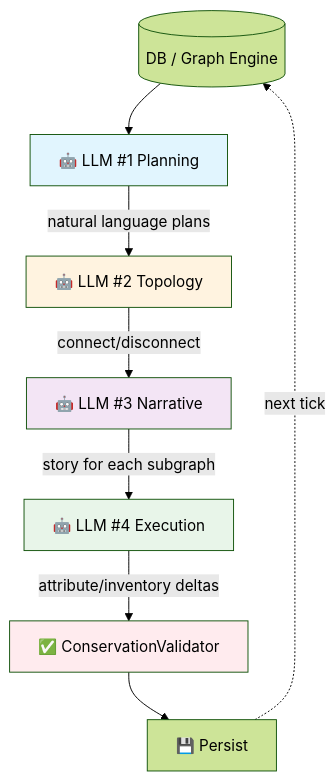
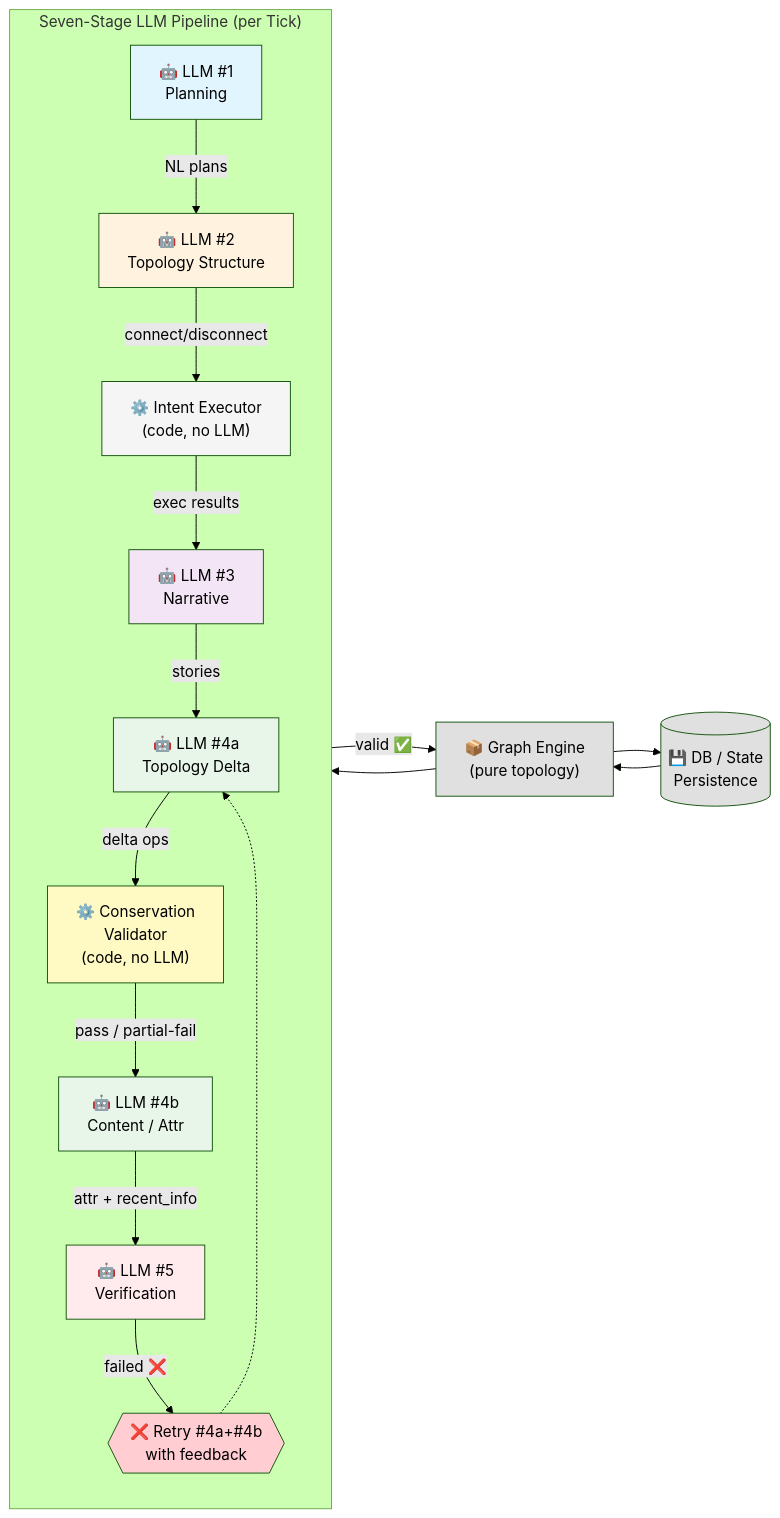
One commit to Asher0501/AgentWorld changed the first of 2 diagrams in README.md. Above: the diagram before and after it, drawn with Mermaid (forest theme). The commit also changed other lines of this file and 3 other files, not shown here.

````diff
--- a/README.md
+++ b/README.md
@@ -15,26 +40,44 @@
 ```mermaid
-flowchart TD
-    DB[("DB / Graph Engine")]
-    
-    LLM1["🤖 LLM #1 Planning"]
-    LLM2["🤖 LLM #2 Topology"]
-    LLM3["🤖 LLM #3 Narrative"]
-    LLM4["🤖 LLM #4 Execution"]
+flowchart LR
+    GE["📦 Graph Engine<br/>(pure topology)"]
+    DB[("💾 DB / State<br/>Persistence")]
 
-    VAL["✅ ConservationValidator"]
-    WRITE["💾 Persist"]
+    subgraph P["Seven-Stage LLM Pipeline (per Tick)"]
+        direction TB
+        L1["🤖 LLM #1<br/>Planning"]
+        L2["🤖 LLM #2<br/>Topology Structure"]
+        IE["⚙️ Intent Executor<br/>(code, no LLM)"]
+        L3["🤖 LLM #3<br/>Narrative"]
+        L4a["🤖 LLM #4a<br/>Topology Delta"]
+        CV["⚙️ Conservation<br/>Validator<br/>(code, no LLM)"]
+        L4b["🤖 LLM #4b<br/>Content / Attr"]
+        L5["🤖 LLM #5<br/>Verification"]
+        retry{{"❌ Retry #4a+#4b<br/>with feedback"}}
+    end
 
-    DB --> LLM1
-    LLM1 -->|"natural language plans"| LLM2
-    LLM2 -->|"connect/disconnect"| LLM3
-    LLM3 -->|"story for each subgraph"| LLM4
-    LLM4 -->|"attribute/inventory deltas"| VAL
-    VAL --> WRITE
-    WRITE -.->|"next tick"| DB
+    DB --> GE
+    GE --> L1
+    L1 -->|"NL plans"| L2
+    L2 -->|"connect/disconnect"| IE
+    IE -->|"exec results"| L3
+    L3 -->|"stories"| L4a
+    L4a -->|"delta ops"| CV
+    CV -->|"pass / partial-fail"| L4b
+    L4b -->|"attr + recent_info"| L5
+    L5 -->|"valid ✅"| GE
+    L5 -->|"failed ❌"| retry
+    retry -.-> L4a
+    GE --> DB
 
-    style LLM1 fill:#e1f5fe
-    style LLM2 fill:#fff3e0
-    style LLM3 fill:#f3e5f5
-    style LLM4 fill:#e8f5e9
-    style VAL fill:#ffebee
+    style L1 fill:#e1f5fe
+    style L2 fill:#fff3e0
+    style IE fill:#f5f5f5
+    style L3 fill:#f3e5f5
+    style L4a fill:#e8f5e9
+    style CV fill:#fff9c4
+    style L4b fill:#e8f5e9
+    style L5 fill:#ffebee
+    style retry fill:#ffcdd2
+    style DB fill:#e0e0e0
+    style GE fill:#e0e0e0
 ```
````
